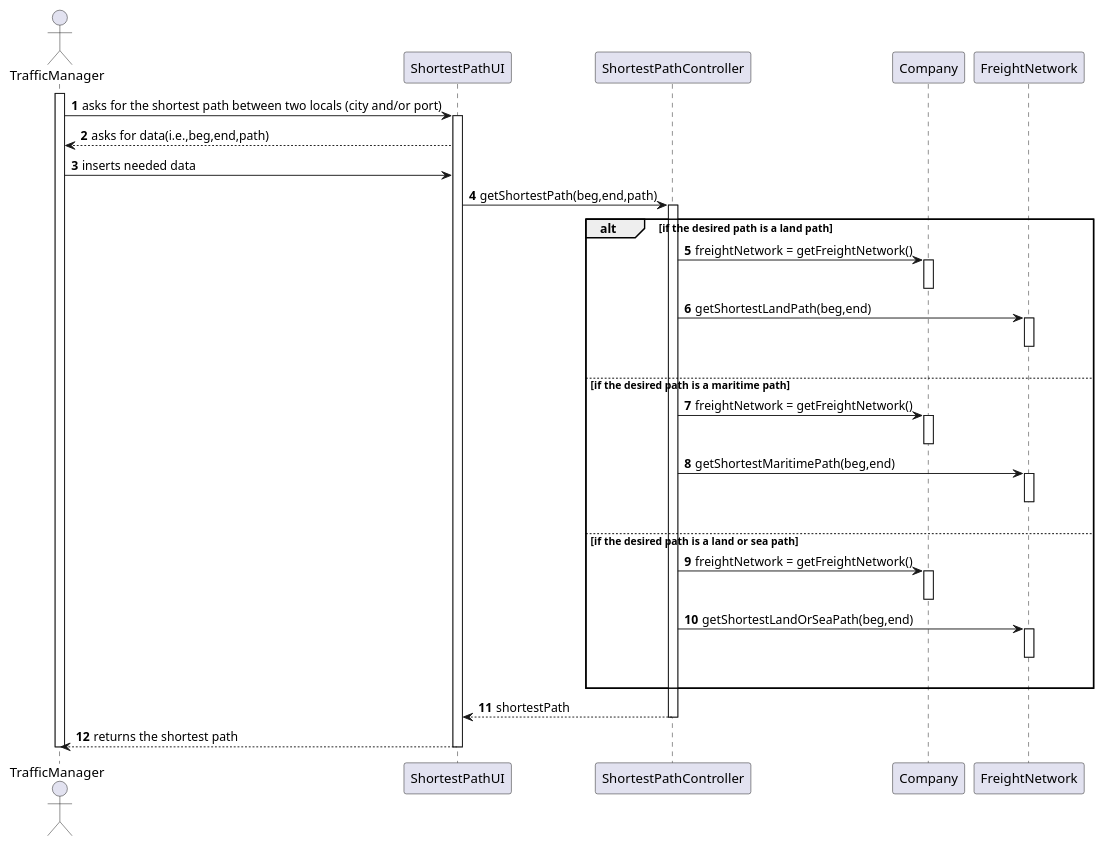
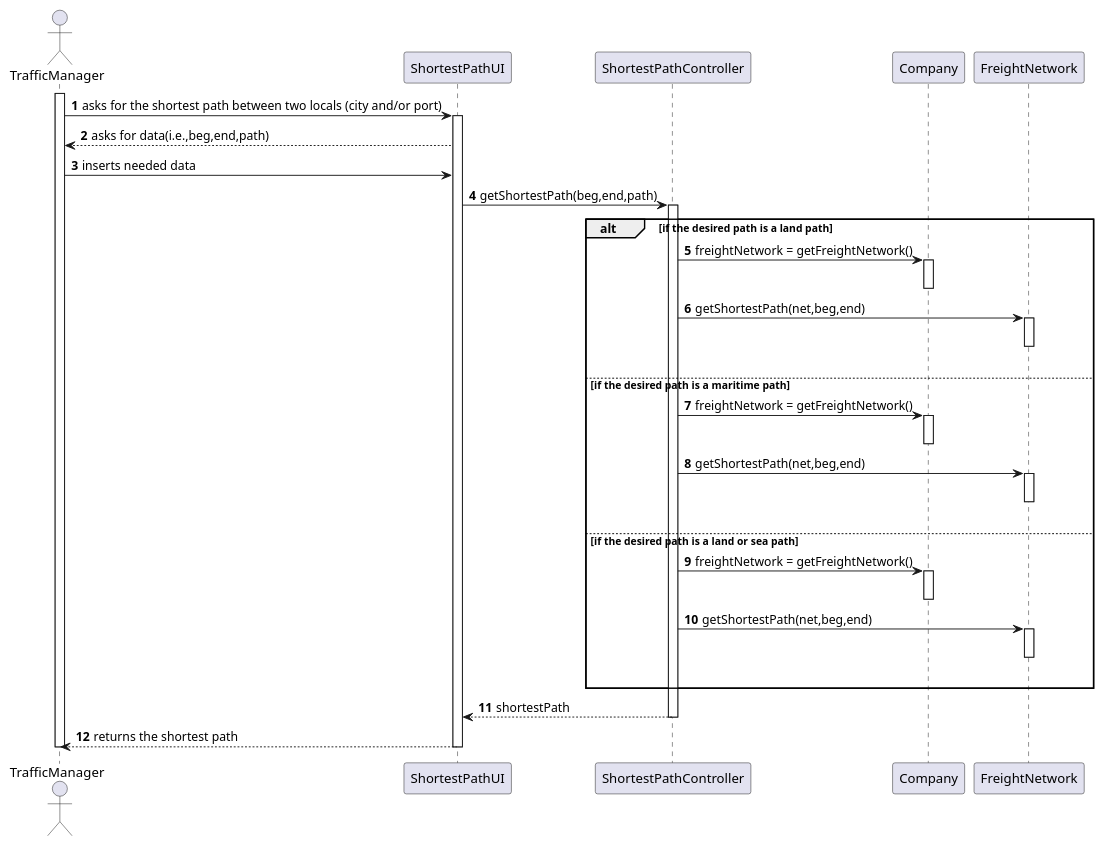
Before and after one commit to ana-albergaria/LAPR3-ISEP: the diagram in docs/Sprint 4/US402/US402_SD.puml, drawn with PlantUML. The commit also changed 4 other files, not shown here.

Commit message:
G54-275 #time 10m #comment Updated diagrams and part of the relatory.

```diff
--- a/docs/Sprint 4/US402/US402_SD.puml
+++ b/docs/Sprint 4/US402/US402_SD.puml
@@ -1,50 +1,50 @@
 @startuml
 
 autonumber
 actor TrafficManager as C
 participant "ShortestPathUI" as UI
 participant "ShortestPathController" as CTRL
 participant "Company" as COMPANY
 participant "FreightNetwork" as NET
 
 activate C
 C -> UI : asks for the shortest path between two locals (city and/or port)
 activate UI
 UI --> C : asks for data(i.e.,beg,end,path)
 C -> UI : inserts needed data
 UI -> CTRL : getShortestPath(beg,end,path)
 activate CTRL
 alt if the desired path is a land path
 CTRL -> COMPANY : freightNetwork = getFreightNetwork()
 activate COMPANY
 deactivate COMPANY
-CTRL -> NET : getShortestLandPath(beg,end)
+CTRL -> NET : getShortestPath(net,beg,end)
 activate NET
 |||
 deactivate NET
 else if the desired path is a maritime path
 CTRL -> COMPANY : freightNetwork = getFreightNetwork()
 activate COMPANY
 deactivate COMPANY
-CTRL -> NET : getShortestMaritimePath(beg,end)
+CTRL -> NET : getShortestPath(net,beg,end)
 activate NET
 |||
 deactivate NET
 else if the desired path is a land or sea path
 CTRL -> COMPANY : freightNetwork = getFreightNetwork()
 activate COMPANY
 deactivate COMPANY
-CTRL -> NET : getShortestLandOrSeaPath(beg,end)
+CTRL -> NET : getShortestPath(net,beg,end)
 activate NET
 |||
 deactivate NET
 end
 CTRL --> UI : shortestPath
 deactivate CTRL
 UI --> C : returns the shortest path
 deactivate UI
 
 deactivate C
 
 
 @enduml
```
